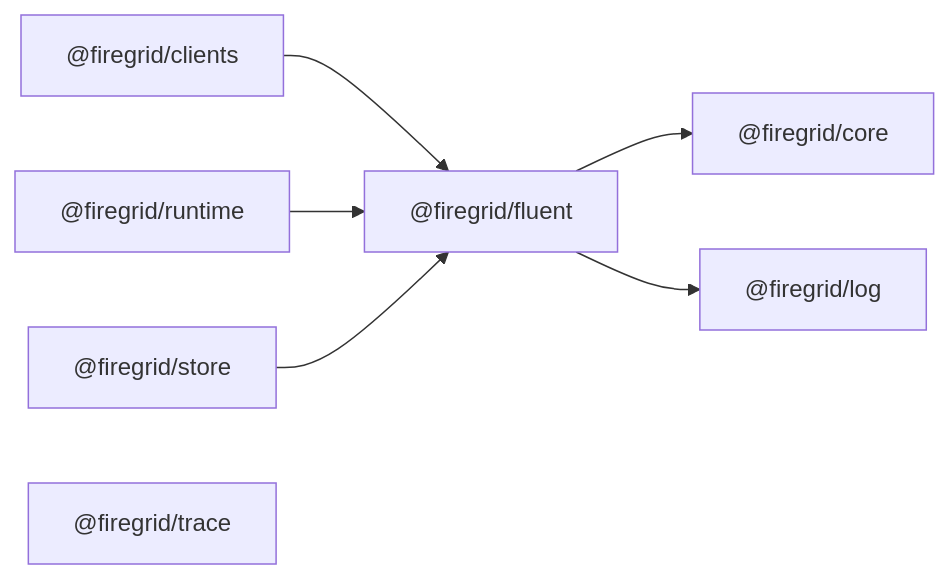
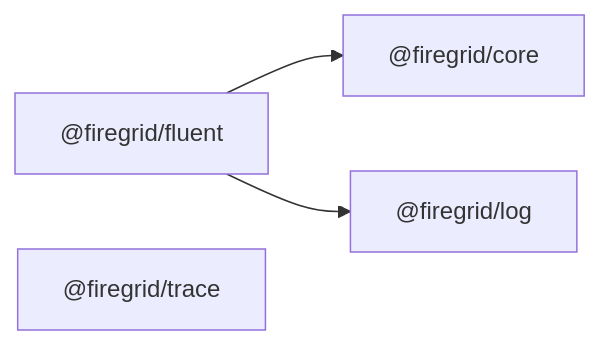
The second of 2 diagrams in docs/dependency-cruiser/current-package-structure.md (gurdasnijor/fluent-firegrid), drawn with Mermaid before and after one commit. The commit also changed other lines of this file and 33 other files, not shown here.

````diff
--- a/docs/dependency-cruiser/current-package-structure.md
+++ b/docs/dependency-cruiser/current-package-structure.md
@@ -188,17 +170,11 @@
 ```mermaid
 flowchart LR
 
   fluent["@firegrid/fluent"]
-  clients["@firegrid/clients"]
-  runtime["@firegrid/runtime"]
   core["@firegrid/core"]
-  store["@firegrid/store"]
   log["@firegrid/log"]
   trace["@firegrid/trace"]
 
   fluent --> core
   fluent --> log
-  clients --> fluent
-  runtime --> fluent
-  store --> fluent
 ```
````
